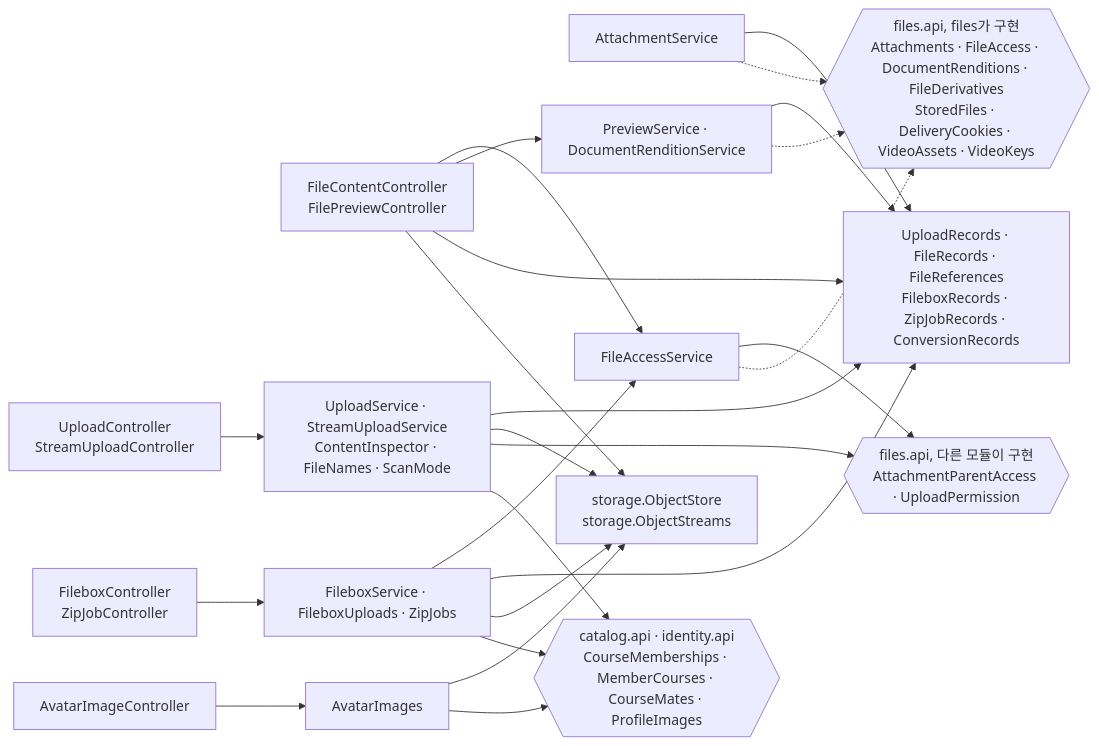
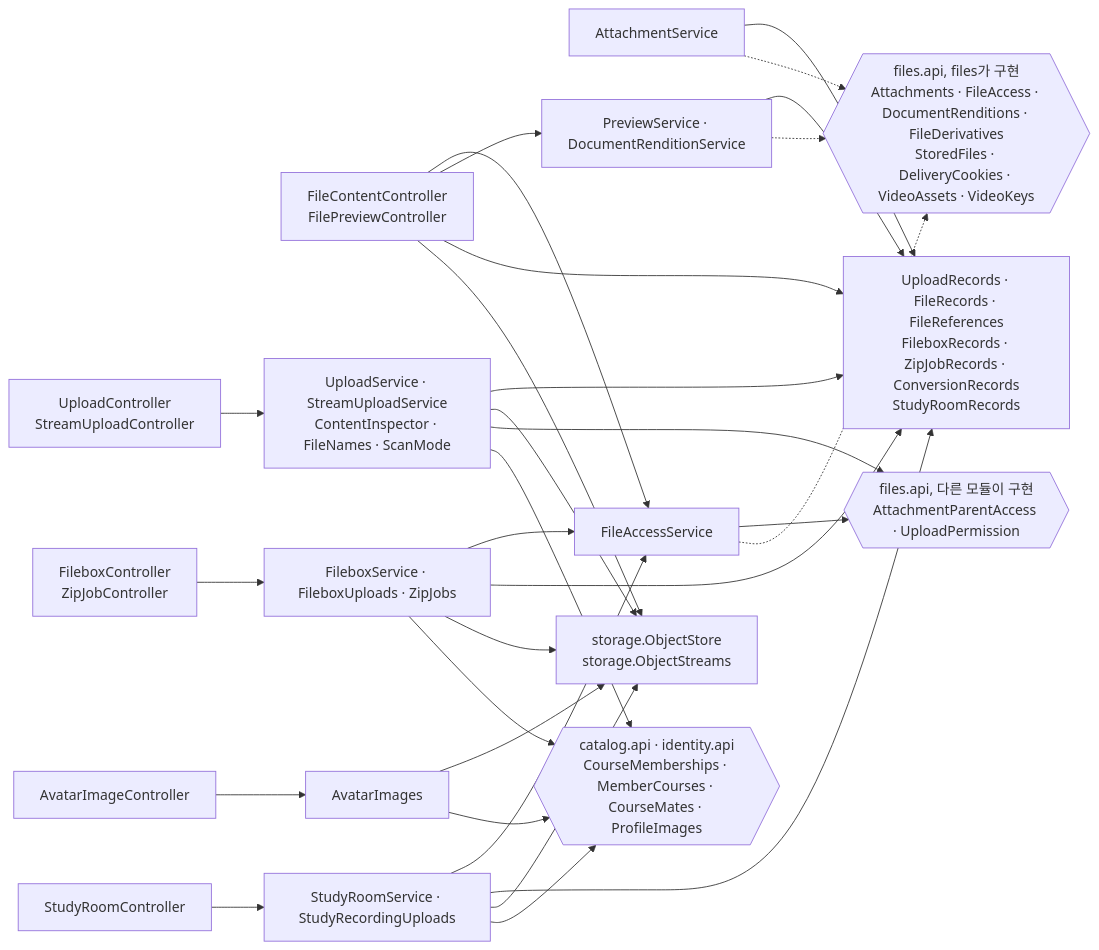
One commit to 2026ENDPoinT/team13 changed diagram 11 of 18 in backend/docs/c4.md. Above: the diagram before and after it, drawn with Mermaid. The commit also changed other lines of this file and 17 other files, not shown here.

````diff
--- a/backend/docs/c4.md
+++ b/backend/docs/c4.md
@@ -432,32 +432,37 @@
 ```mermaid
 flowchart LR
   CU["UploadController<br/>StreamUploadController"]
   CF["FileContentController<br/>FilePreviewController"]
   CB["FileboxController<br/>ZipJobController"]
   CA["AvatarImageController"]
+  CS["StudyRoomController"]
   US["UploadService · StreamUploadService<br/>ContentInspector · FileNames · ScanMode"]
   AS["AttachmentService"]
   FA["FileAccessService"]
   FB["FileboxService · FileboxUploads · ZipJobs"]
+  SR["StudyRoomService · StudyRecordingUploads"]
   AV["AvatarImages"]
   PV["PreviewService · DocumentRenditionService"]
-  R["UploadRecords · FileRecords · FileReferences<br/>FileboxRecords · ZipJobRecords · ConversionRecords"]
+  R["UploadRecords · FileRecords · FileReferences<br/>FileboxRecords · ZipJobRecords · ConversionRecords<br/>StudyRoomRecords"]
   OS["storage.ObjectStore<br/>storage.ObjectStreams"]
   API{{"files.api, files가 구현<br/>Attachments · FileAccess · DocumentRenditions · FileDerivatives<br/>StoredFiles · DeliveryCookies · VideoAssets · VideoKeys"}}
   PAR{{"files.api, 다른 모듈이 구현<br/>AttachmentParentAccess · UploadPermission"}}
   EXT{{"catalog.api · identity.api<br/>CourseMemberships · MemberCourses · CourseMates · ProfileImages"}}
   CU --> US
   CF --> FA & PV & R & OS
   CB --> FB
   CA --> AV
+  CS --> SR
   US --> R & OS
   US --> PAR
   US --> EXT
   AS --> R
   FA --> PAR
   FB --> FA & R & OS
   FB --> EXT
+  SR --> FA & R & OS
+  SR --> EXT
   AV --> OS & EXT
   PV --> R
   AS & FA & PV -.-> API
 ```
````
